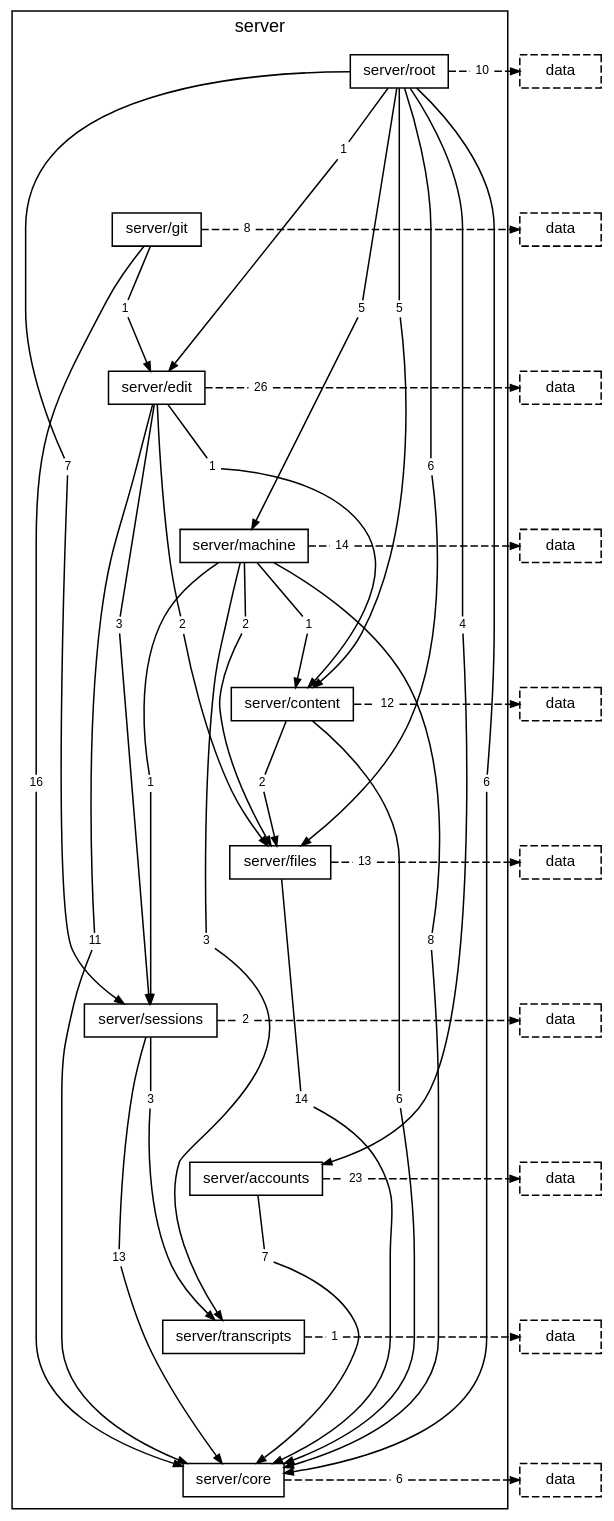
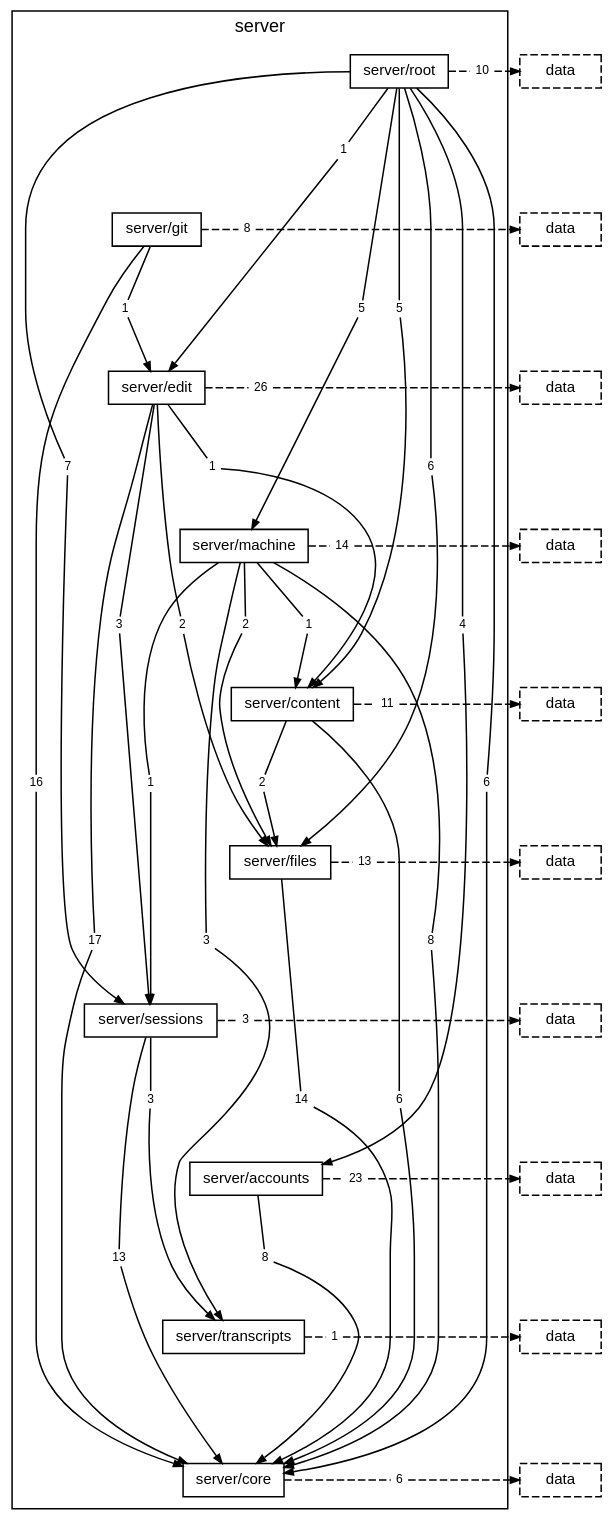
Before and after one commit to TheAxeC/oculus: the diagram in docs/diagrams/layer-server.dot, drawn with Graphviz. The commit also changed 88 other files, not shown here.

```diff
--- a/docs/diagrams/layer-server.dot
+++ b/docs/diagrams/layer-server.dot
@@ -26,7 +26,7 @@
         "folder server/git to folder server/edit" [label="1", shape=box, color="transparent", fontsize=8, width=0, height=0, margin="0.04,0.02"];
         "folder server/git to layer data" [label="8", shape=box, color="transparent", fontsize=8, width=0, height=0, margin="0.04,0.02"];
         "folder server/edit to folder server/content" [label="1", shape=box, color="transparent", fontsize=8, width=0, height=0, margin="0.04,0.02"];
-        "folder server/edit to folder server/core" [label="11", shape=box, color="transparent", fontsize=8, width=0, height=0, margin="0.04,0.02"];
+        "folder server/edit to folder server/core" [label="17", shape=box, color="transparent", fontsize=8, width=0, height=0, margin="0.04,0.02"];
         "folder server/edit to folder server/files" [label="2", shape=box, color="transparent", fontsize=8, width=0, height=0, margin="0.04,0.02"];
         "folder server/edit to folder server/sessions" [label="3", shape=box, color="transparent", fontsize=8, width=0, height=0, margin="0.04,0.02"];
         "folder server/edit to layer data" [label="26", shape=box, color="transparent", fontsize=8, width=0, height=0, margin="0.04,0.02"];
@@ -38,13 +38,13 @@
         "folder server/machine to layer data" [label="14", shape=box, color="transparent", fontsize=8, width=0, height=0, margin="0.04,0.02"];
         "folder server/content to folder server/core" [label="6", shape=box, color="transparent", fontsize=8, width=0, height=0, margin="0.04,0.02"];
         "folder server/content to folder server/files" [label="2", shape=box, color="transparent", fontsize=8, width=0, height=0, margin="0.04,0.02"];
-        "folder server/content to layer data" [label="12", shape=box, color="transparent", fontsize=8, width=0, height=0, margin="0.04,0.02"];
+        "folder server/content to layer data" [label="11", shape=box, color="transparent", fontsize=8, width=0, height=0, margin="0.04,0.02"];
         "folder server/files to folder server/core" [label="14", shape=box, color="transparent", fontsize=8, width=0, height=0, margin="0.04,0.02"];
         "folder server/files to layer data" [label="13", shape=box, color="transparent", fontsize=8, width=0, height=0, margin="0.04,0.02"];
         "folder server/sessions to folder server/core" [label="13", shape=box, color="transparent", fontsize=8, width=0, height=0, margin="0.04,0.02"];
         "folder server/sessions to folder server/transcripts" [label="3", shape=box, color="transparent", fontsize=8, width=0, height=0, margin="0.04,0.02"];
-        "folder server/sessions to layer data" [label="2", shape=box, color="transparent", fontsize=8, width=0, height=0, margin="0.04,0.02"];
-        "folder server/accounts to folder server/core" [label="7", shape=box, color="transparent", fontsize=8, width=0, height=0, margin="0.04,0.02"];
+        "folder server/sessions to layer data" [label="3", shape=box, color="transparent", fontsize=8, width=0, height=0, margin="0.04,0.02"];
+        "folder server/accounts to folder server/core" [label="8", shape=box, color="transparent", fontsize=8, width=0, height=0, margin="0.04,0.02"];
         "folder server/accounts to layer data" [label="23", shape=box, color="transparent", fontsize=8, width=0, height=0, margin="0.04,0.02"];
         "folder server/transcripts to layer data" [label="1", shape=box, color="transparent", fontsize=8, width=0, height=0, margin="0.04,0.02"];
         "folder server/core to layer data" [label="6", shape=box, color="transparent", fontsize=8, width=0, height=0, margin="0.04,0.02"];
```
